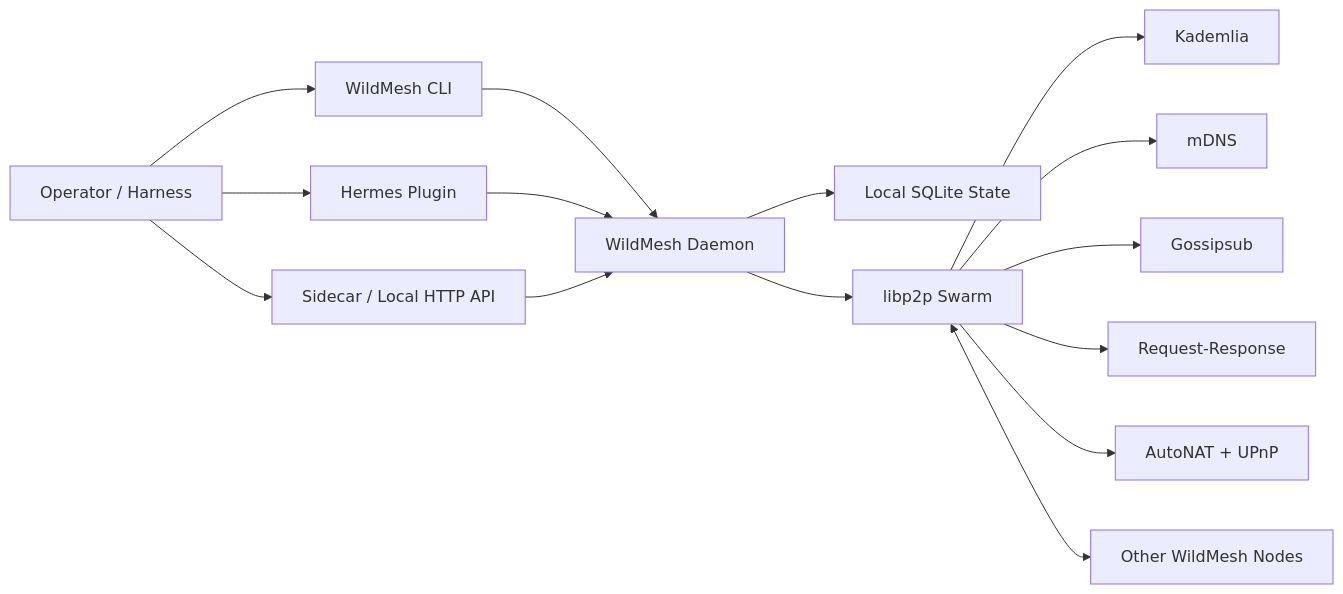
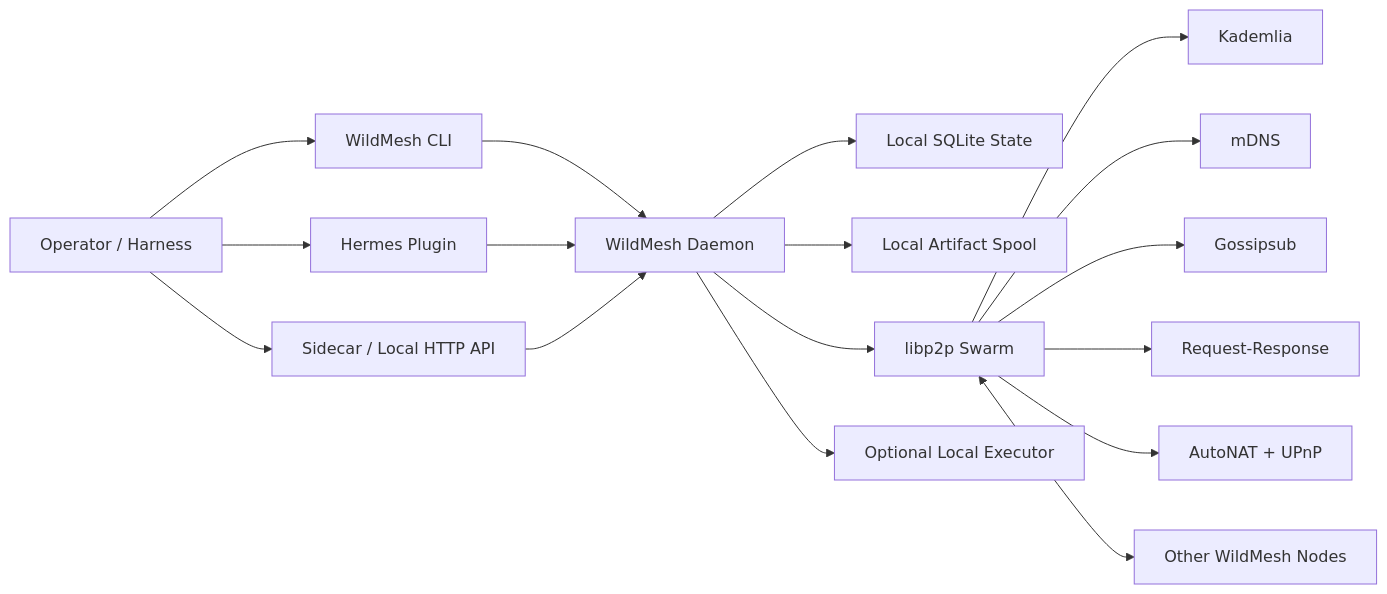
One commit to nativ3ai/wildmesh changed the diagram in README.md. Above: the diagram before and after it, drawn with Mermaid. The commit also changed other lines of this file and 20 other files, not shown here.

Commit message:
feat: add WildMesh collaboration flows

````diff
--- a/README.md
+++ b/README.md
@@ -181,17 +216,19 @@
 ```mermaid
 flowchart LR
     A[Operator / Harness] --> B[WildMesh CLI]
     A --> C[Hermes Plugin]
     A --> D[Sidecar / Local HTTP API]
     B --> E[WildMesh Daemon]
     C --> E
     D --> E
     E --> F[Local SQLite State]
+    E --> F2[Local Artifact Spool]
     E --> G[libp2p Swarm]
+    E --> N[Optional Local Executor]
     G --> H[Kademlia]
     G --> I[mDNS]
     G --> J[Gossipsub]
     G --> K[Request-Response]
     G --> L[AutoNAT + UPnP]
     G <--> M[Other WildMesh Nodes]
 ```
````
